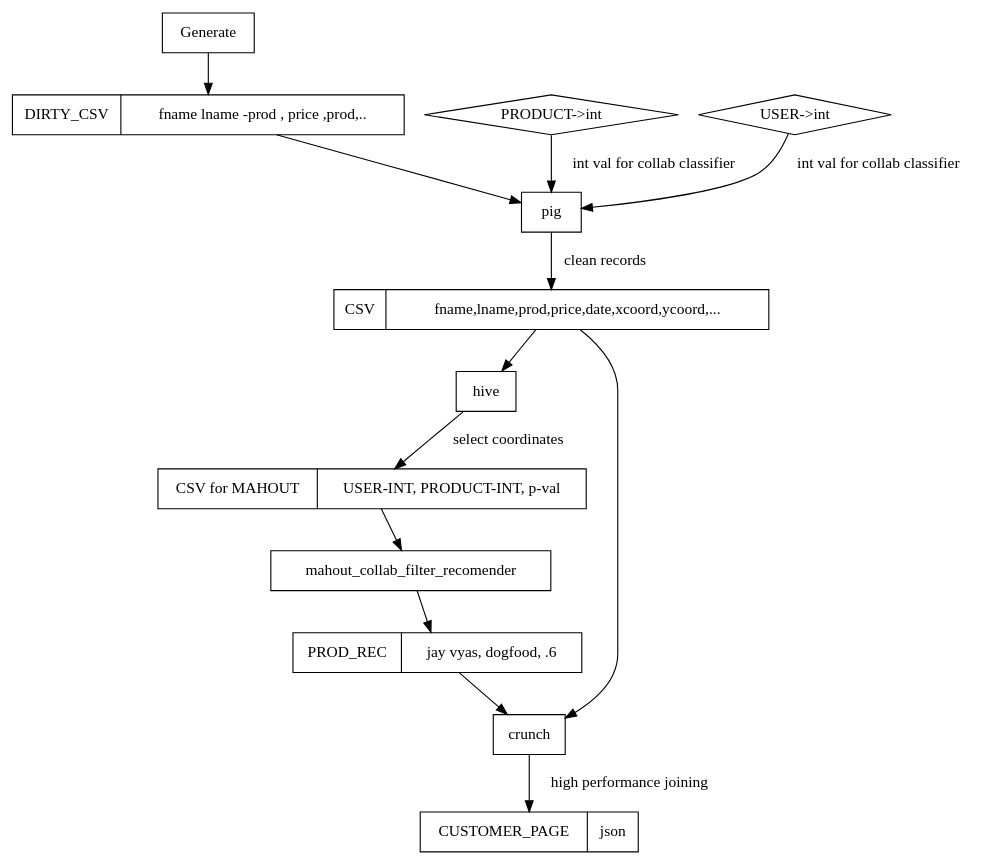
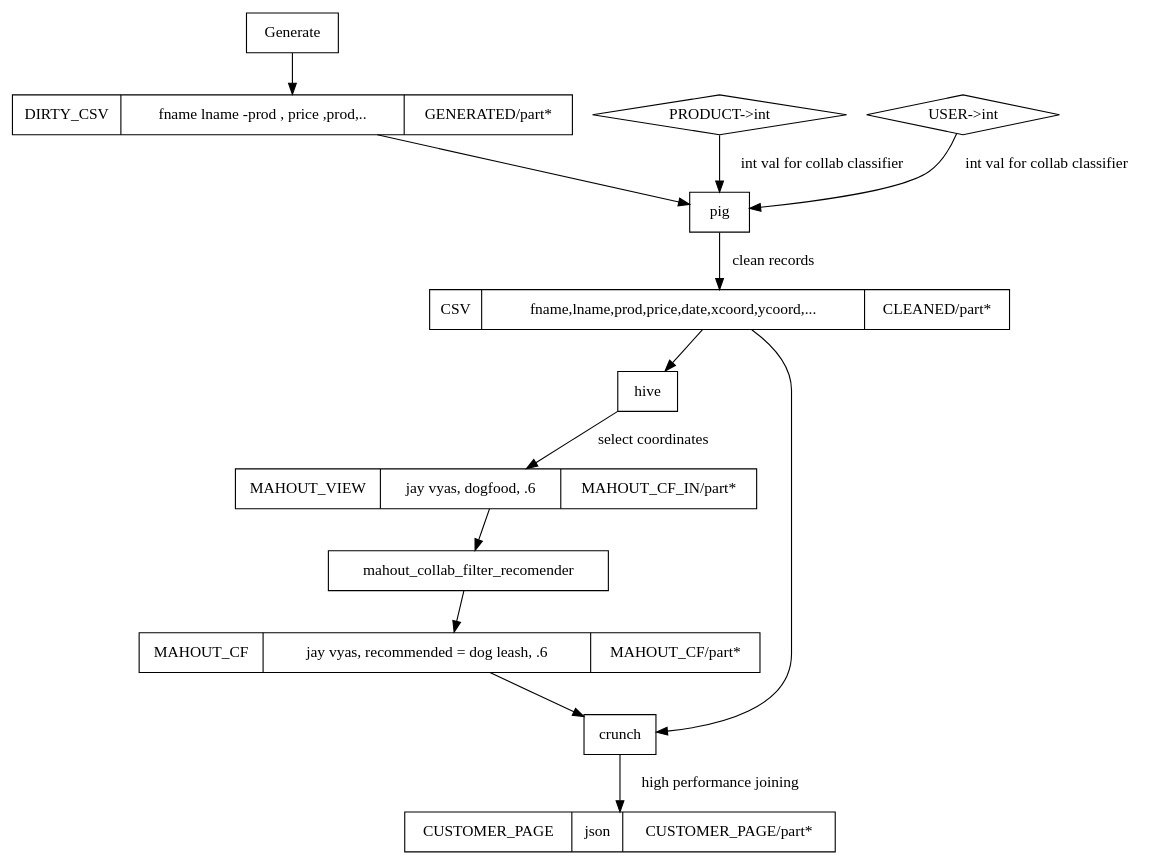
The diagram in arch.dot (jayunit100/bigpetstore), drawn with Graphviz before and after one commit. The commit also changed 13 other files, not shown here.

```diff
--- a/arch.dot
+++ b/arch.dot
@@ -1,34 +1,27 @@
 digraph ethane {
 
    node [shape=record];
-   CUSTOMER_PAGE [label="CUSTOMER_PAGE|json"];
-
-   DIRTY_CSV [label="DIRTY_CSV|fname   lname -prod , price ,prod,.."];
-
-   CSV [label="CSV|fname,lname,prod,price,date,xcoord,ycoord,..."];
-
-   PROD_REC [label="PROD_REC  | jay vyas, dogfood, .6"];
-
+   CUSTOMER_PAGE [label="CUSTOMER_PAGE|json|CUSTOMER_PAGE/part*"];
+   DIRTY_CSV [label="DIRTY_CSV|fname   lname -prod , price ,prod,..|GENERATED/part*"];
+   CSV [label="CSV|fname,lname,prod,price,date,xcoord,ycoord,...|CLEANED/part*"];
+   MAHOUT_VIEW_INPUT [label="MAHOUT_VIEW  | jay vyas, dogfood, .6 | MAHOUT_CF_IN/part*" ];
+   MAHOUT_CF [label="MAHOUT_CF  | jay vyas, recommended = dog leash, .6 | MAHOUT_CF/part*" ];
    PROD_HASH [shape=diamond label="PRODUCT->int"];   
    USER_HASH [shape=diamond label="USER->int"];
 
-
-MAHOUT_VIEW [label="CSV for MAHOUT | USER-INT,  PRODUCT-INT,  p-val"];
-
    Generate -> DIRTY_CSV ;
    DIRTY_CSV -> pig [label=""];  
-   
    
    pig -> CSV [label="clean records"];
    PROD_HASH -> pig [label="int val for collab classifier"];
    USER_HASH -> pig  [label="int val for collab classifier"];
    
    CSV -> hive ; 
-   hive -> MAHOUT_VIEW [label="select coordinates"];          
-    MAHOUT_VIEW -> mahout_collab_filter_recomender -> PROD_REC ;
-   PROD_REC  -> crunch
+   hive -> MAHOUT_VIEW_INPUT [label="select coordinates"];          
+   MAHOUT_VIEW_INPUT -> mahout_collab_filter_recomender -> MAHOUT_CF ;
+   MAHOUT_CF  -> crunch
    CSV -> crunch ; 
    crunch -> CUSTOMER_PAGE [label="high performance joining"];
 
    
 }
```
